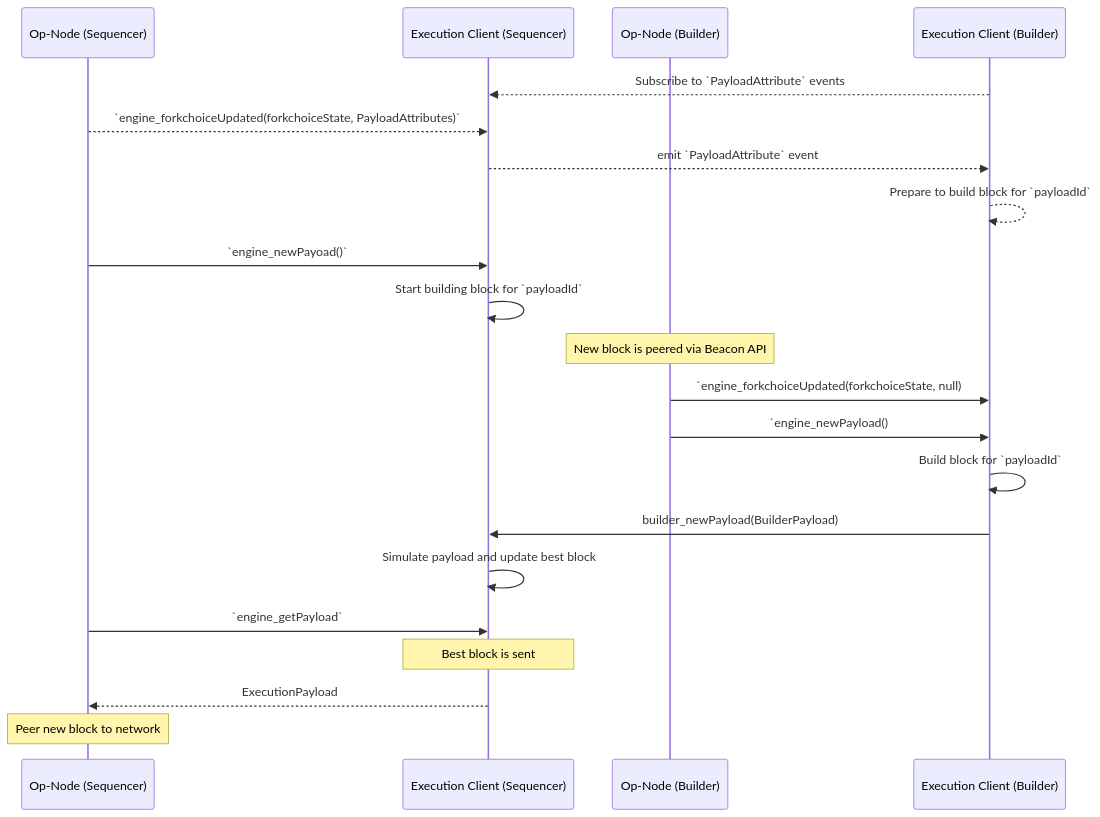
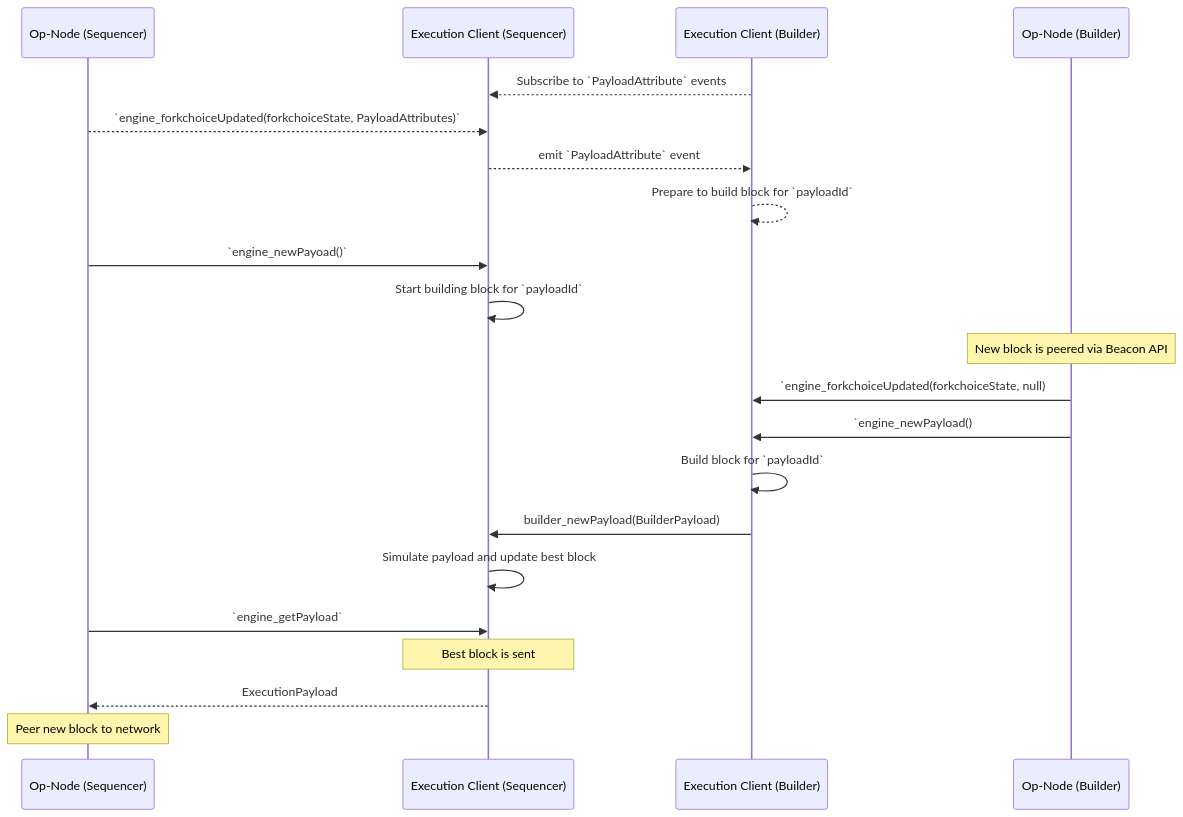
Before and after one commit to 0xKitsune/specs: the diagram in specs/experimental/builder.md, drawn with Mermaid. The commit also changed other lines of this file, not shown here.

````diff
--- a/specs/experimental/builder.md
+++ b/specs/experimental/builder.md
@@ -38,32 +38,32 @@
 ```mermaid
 sequenceDiagram
     participant CLS as Op-Node (Sequencer)
     participant ELS as Execution Client (Sequencer)
+    participant ELB as Execution Client (Builder)
     participant CLB as Op-Node (Builder)
-    participant ELB as Execution Client (Builder)
 
     %% Pick subscription endpoint %%
     ELB-->>ELS: Subscribe to `PayloadAttribute` events
 
     %% Update to event emission %%
     CLS-->>ELS: `engine_forkchoiceUpdated(forkchoiceState, PayloadAttributes)`
     ELS-->>ELB: emit `PayloadAttribute` event
     ELB-->>ELB: Prepare to build block for `payloadId`
     CLS->>ELS: `engine_newPayoad()`
     ELS->>ELS: Start building block for `payloadId`
 
     Note over CLB: New block is peered via Beacon API
     CLB->>ELB: `engine_forkchoiceUpdated(forkchoiceState, null)
     CLB->>ELB: `engine_newPayload()
 
     ELB->>ELB: Build block for `payloadId`
     ELB->>ELS: builder_newPayload(BuilderPayload)
     ELS->>ELS: Simulate payload and update best block
 
     CLS->>ELS: `engine_getPayload`
     
     Note over ELS: Best block is sent
     ELS-->>CLS: ExecutionPayload
 
     Note over CLS: Peer new block to network
 ```
````
